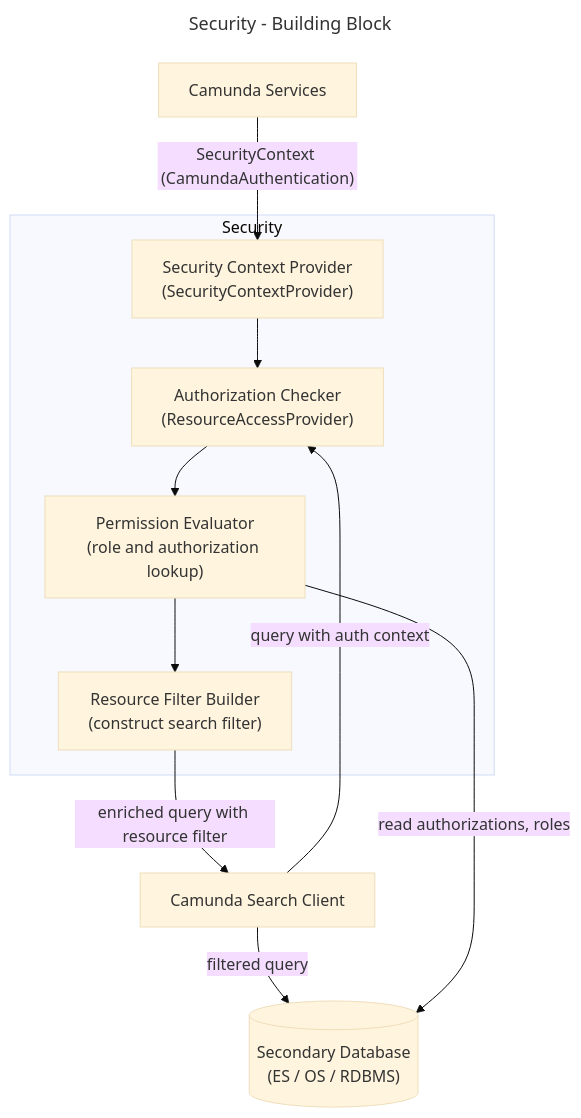
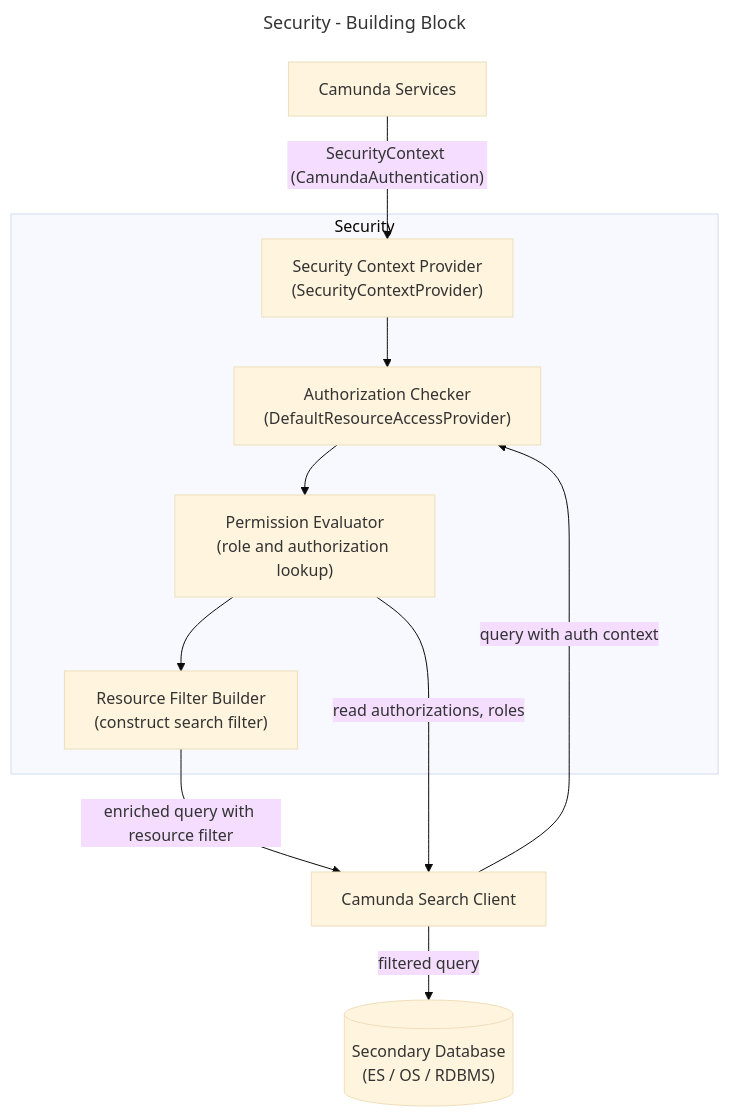
Before and after one commit to camunda/camunda: the sixth of 17 diagrams in docs/identity/architecture-documentation.md, drawn with Mermaid (base theme). The commit also changed other lines of this file and 4 other files, not shown here.

Commit message:
docs: update identity arc42 architecture documentation based on review

````diff
--- a/docs/identity/architecture-documentation.md
+++ b/docs/identity/architecture-documentation.md
@@ -325,26 +363,26 @@
 ```mermaid
 ---
 title: Security - Building Block
 ---
 flowchart TB
   subgraph SECURITY["Security"]
     SC_PROVIDER["Security Context Provider\n(SecurityContextProvider)"]
-    AUTHZ_CHECKER["Authorization Checker\n(ResourceAccessProvider)"]
+    AUTHZ_CHECKER["Authorization Checker\n(DefaultResourceAccessProvider)"]
     RESOURCE_FILTER["Resource Filter Builder\n(construct search filter)"]
     PERMISSION_EVALUATOR["Permission Evaluator\n(role and authorization lookup)"]
 
     SC_PROVIDER --> AUTHZ_CHECKER
     AUTHZ_CHECKER --> PERMISSION_EVALUATOR
     PERMISSION_EVALUATOR --> RESOURCE_FILTER
   end
 
   CAMUNDA_SERVICES["Camunda Services"]
   CAMUNDA_SEARCH_CLIENT["Camunda Search Client"]
   SECONDARY_DB[("Secondary Database\n(ES / OS / RDBMS)")]
 
   CAMUNDA_SERVICES -->|"SecurityContext (CamundaAuthentication)"| SC_PROVIDER
   CAMUNDA_SEARCH_CLIENT -->|"query with auth context"| AUTHZ_CHECKER
   RESOURCE_FILTER -->|"enriched query with resource filter"| CAMUNDA_SEARCH_CLIENT
   CAMUNDA_SEARCH_CLIENT -->|"filtered query"| SECONDARY_DB
-  PERMISSION_EVALUATOR -->|"read authorizations, roles"| SECONDARY_DB
+  PERMISSION_EVALUATOR -->|"read authorizations, roles"| CAMUNDA_SEARCH_CLIENT
 ```
````
